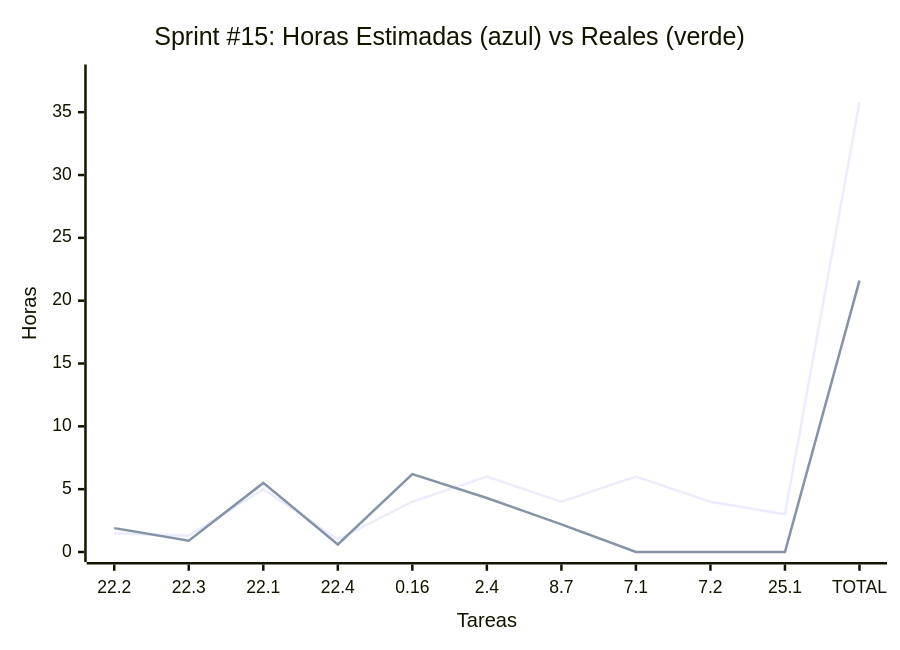
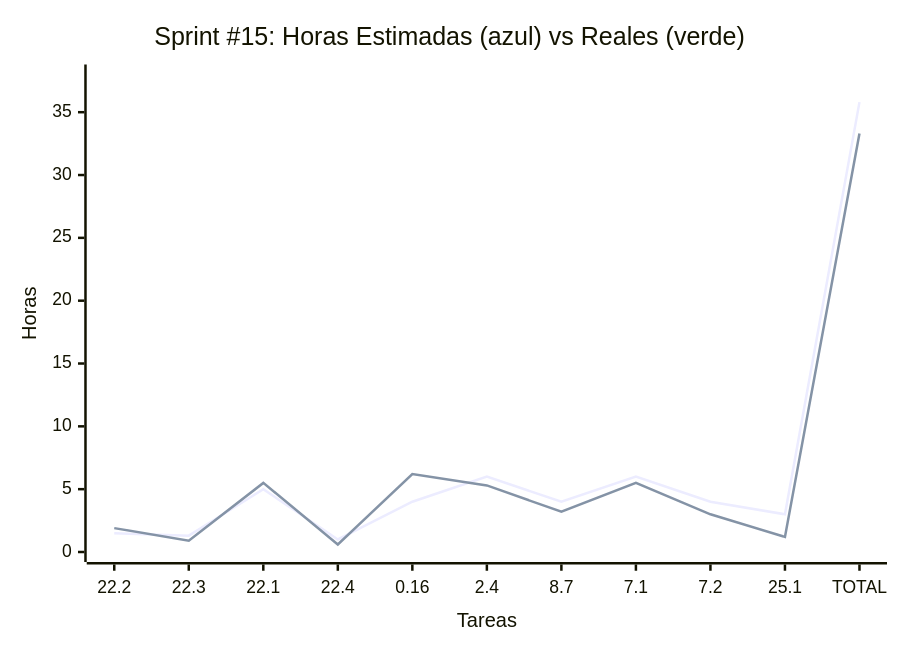
Diagram 15 of 15 in docs/SprintsPlanning.md (MarkMed/FleetMan), drawn with Mermaid before and after one commit. The commit also changed other lines of this file, not shown here.

````diff
--- a/docs/SprintsPlanning.md
+++ b/docs/SprintsPlanning.md
@@ -906,9 +906,9 @@
 ```mermaid
 xychart-beta
     title "Sprint #15: Horas Estimadas (azul) vs Reales (verde)"
     x-axis "Tareas" ["22.2", "22.3", "22.1", "22.4", "0.16", "2.4", "8.7", "7.1", "7.2", "25.1", "TOTAL"]
     y-axis "Horas" 0 --> 38
     
     line [1.5, 1.3, 5, 1, 4, 6, 4, 6, 4, 3, 35.8]
-    line [1.9, 0.9, 5.5, 0.6, 6.2, 4.3, 2.2, 0, 0, 0, 21.6]
+    line [1.9, 0.9, 5.5, 0.6, 6.2, 5.3, 3.2, 5.5, 3, 1.2, 33.3]
 ```
````
